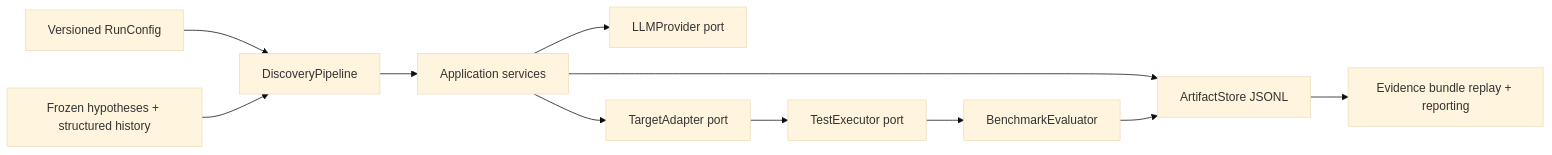
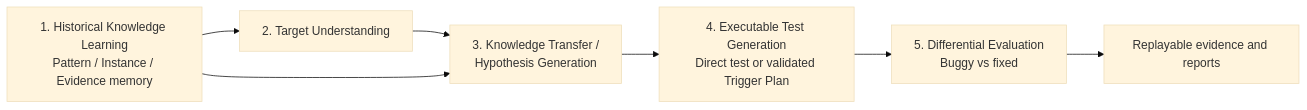
Before and after one commit to DazKha/history-guided-bug-discovery-poc: the diagram in docs/architecture.md, drawn with Mermaid (base theme). The commit also changed other lines of this file and 10 other files, not shown here.

````diff
--- a/docs/architecture.md
+++ b/docs/architecture.md
@@ -3,13 +5,9 @@
 ```mermaid
 flowchart LR
-  C[Versioned RunConfig] --> P[DiscoveryPipeline]
-  H[Frozen hypotheses + structured history] --> P
-  P --> S[Application services]
-  S --> L[LLMProvider port]
-  S --> T[TargetAdapter port]
-  T --> E[TestExecutor port]
-  E --> B[BenchmarkEvaluator]
-  S --> A[ArtifactStore JSONL]
-  B --> A
-  A --> R[Evidence bundle replay + reporting]
+  H[1. Historical Knowledge Learning\nPattern / Instance / Evidence memory] --> T[2. Target Understanding]
+  T --> K[3. Knowledge Transfer /\nHypothesis Generation]
+  H --> K
+  K --> X[4. Executable Test Generation\nDirect test or validated Trigger Plan]
+  X --> D[5. Differential Evaluation\nBuggy vs fixed]
+  D --> R[Replayable evidence and reports]
 ```
````
